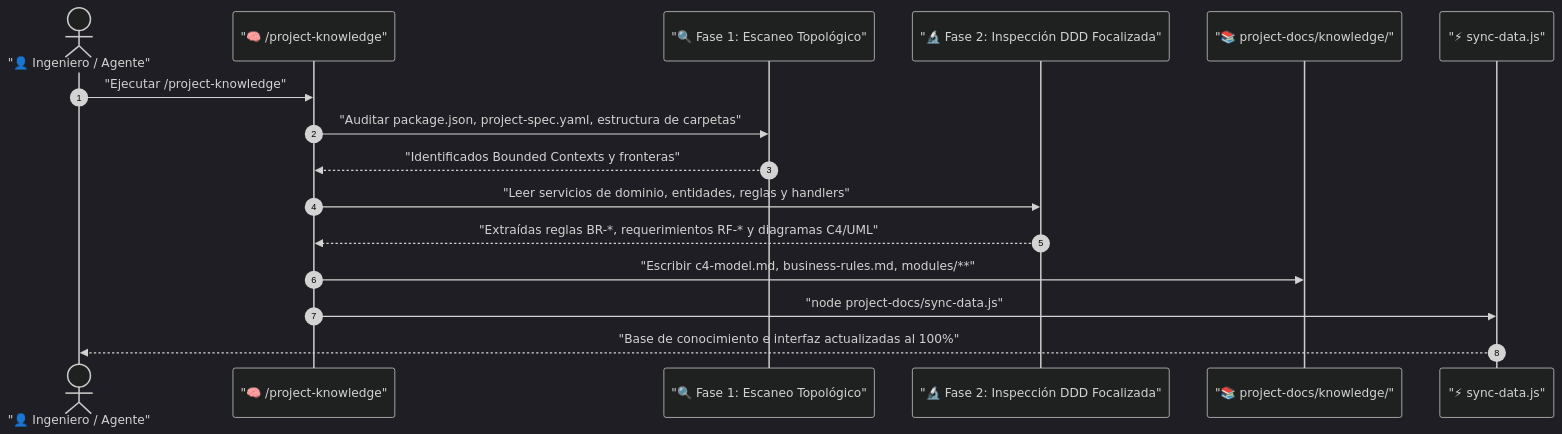
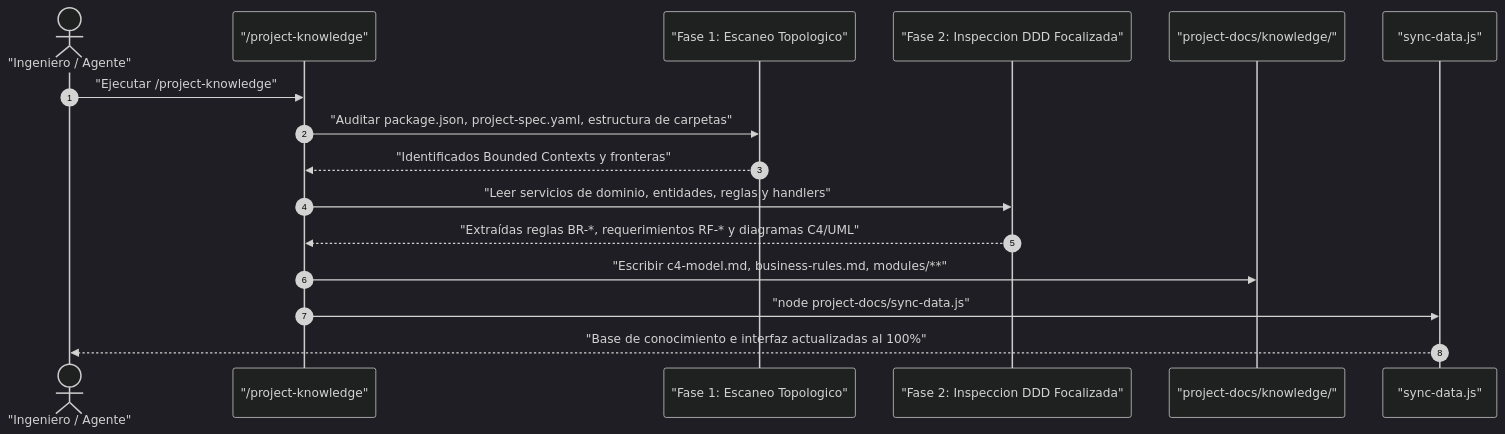
The diagram in project-docs/knowledge/modules/knowledge-engine/sequence.md (Nayid4/ContextForge), drawn with Mermaid (dark theme) before and after one commit. The commit also changed 32 other files, not shown here.

Commit message:
feat(frontend): eradicate emojis, modularize vanilla js, expand project-knowledge and add atdd pipeline

````diff
--- a/project-docs/knowledge/modules/knowledge-engine/sequence.md
+++ b/project-docs/knowledge/modules/knowledge-engine/sequence.md
@@ -3,19 +3,19 @@
 ```mermaid
 sequenceDiagram
   autonumber
-  actor User as "👤 Ingeniero / Agente"
-  participant Skill as "🧠 /project-knowledge"
-  participant Phase1 as "🔍 Fase 1: Escaneo Topológico"
-  participant Phase2 as "🔬 Fase 2: Inspección DDD Focalizada"
-  participant Storage as "📚 project-docs/knowledge/"
-  participant Sync as "⚡ sync-data.js"
+  actor User as "Ingeniero / Agente"
+  participant Skill as "/project-knowledge"
+  participant Phase1 as "Fase 1: Escaneo Topologico"
+  participant Phase2 as "Fase 2: Inspeccion DDD Focalizada"
+  participant Storage as "project-docs/knowledge/"
+  participant Sync as "sync-data.js"
 
   User->>Skill: "Ejecutar /project-knowledge"
   Skill->>Phase1: "Auditar package.json, project-spec.yaml, estructura de carpetas"
   Phase1-->>Skill: "Identificados Bounded Contexts y fronteras"
   Skill->>Phase2: "Leer servicios de dominio, entidades, reglas y handlers"
   Phase2-->>Skill: "Extraídas reglas BR-*, requerimientos RF-* y diagramas C4/UML"
   Skill->>Storage: "Escribir c4-model.md, business-rules.md, modules/**"
   Skill->>Sync: "node project-docs/sync-data.js"
   Sync-->>User: "Base de conocimiento e interfaz actualizadas al 100%"
 ```
````
